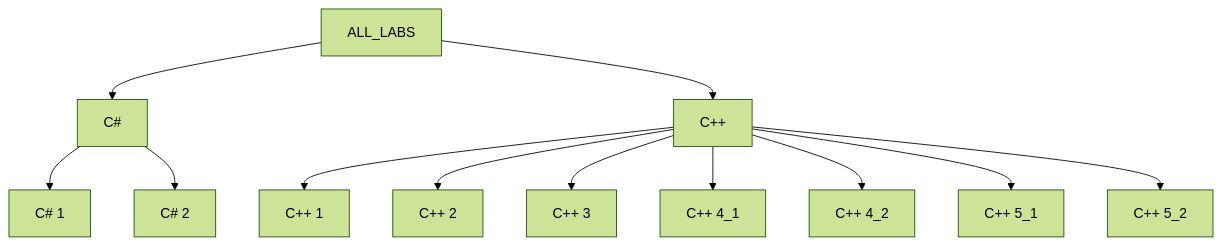
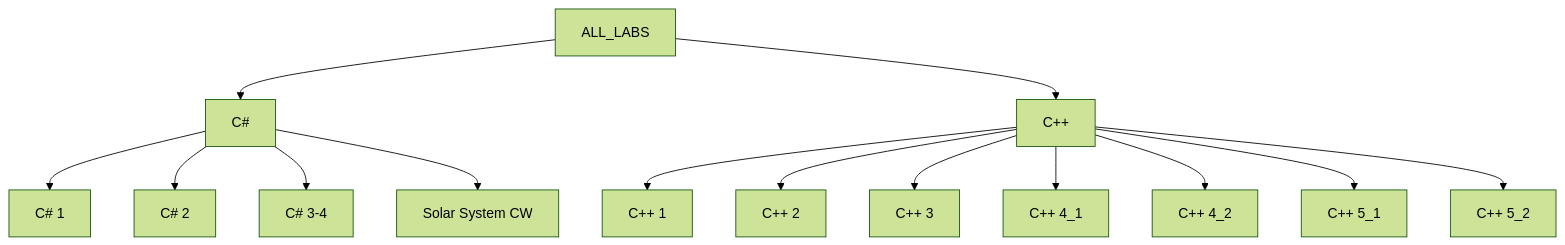
The diagram in README.md (ParavozPendos/ALL_LABS), drawn with Mermaid (forest theme) before and after one commit.

````diff
--- a/README.md
+++ b/README.md
@@ -13,14 +13,16 @@
 ```mermaid
 graph TD;
   ALL_LABS-->LABS_C_Sharp["C#"];
     LABS_C_Sharp-->C1["C# 1"];
     LABS_C_Sharp-->C2["C# 2"];
+    LABS_C_Sharp-->C3-4["C# 3-4"];
+    LABS_C_Sharp-->CW["Solar System CW"];
   ALL_LABS-->LABS_C_Plus_Plus["C++"];
     LABS_C_Plus_Plus-->CPP1["C++ 1"];
     LABS_C_Plus_Plus-->CPP2["C++ 2"];
     LABS_C_Plus_Plus-->CPP3["C++ 3"];
     LABS_C_Plus_Plus-->CPP4_1["C++ 4_1"];
     LABS_C_Plus_Plus-->CPP4_2["C++ 4_2"];
     LABS_C_Plus_Plus-->CPP5_1["C++ 5_1"];
     LABS_C_Plus_Plus-->CPP5_2["C++ 5_2"];
 ```
````
